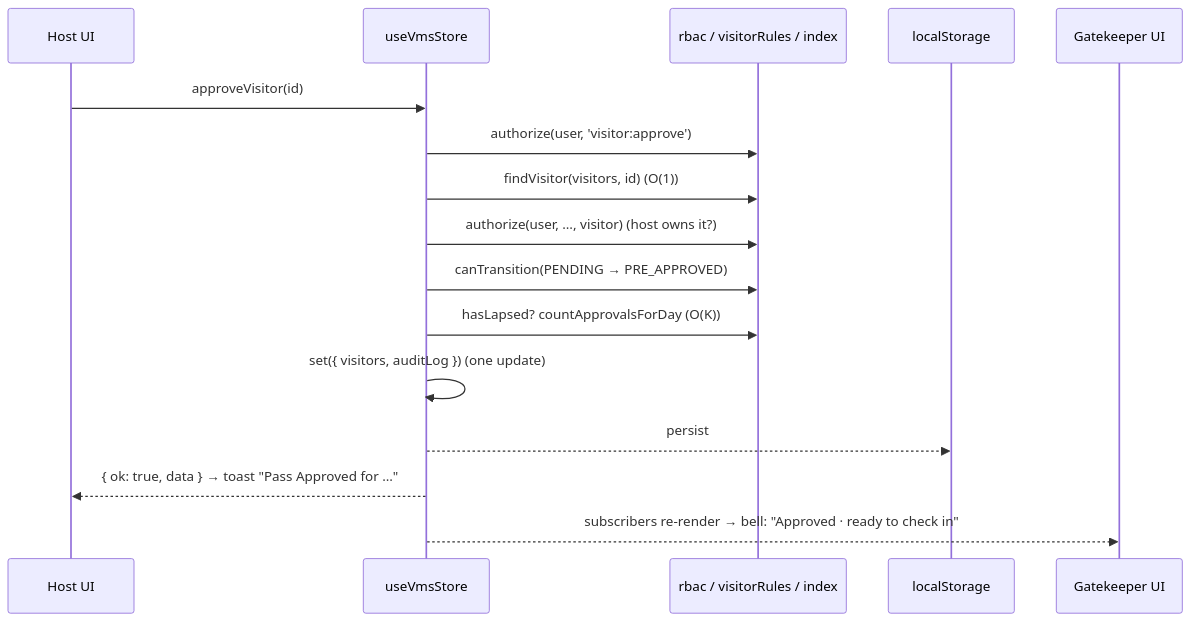
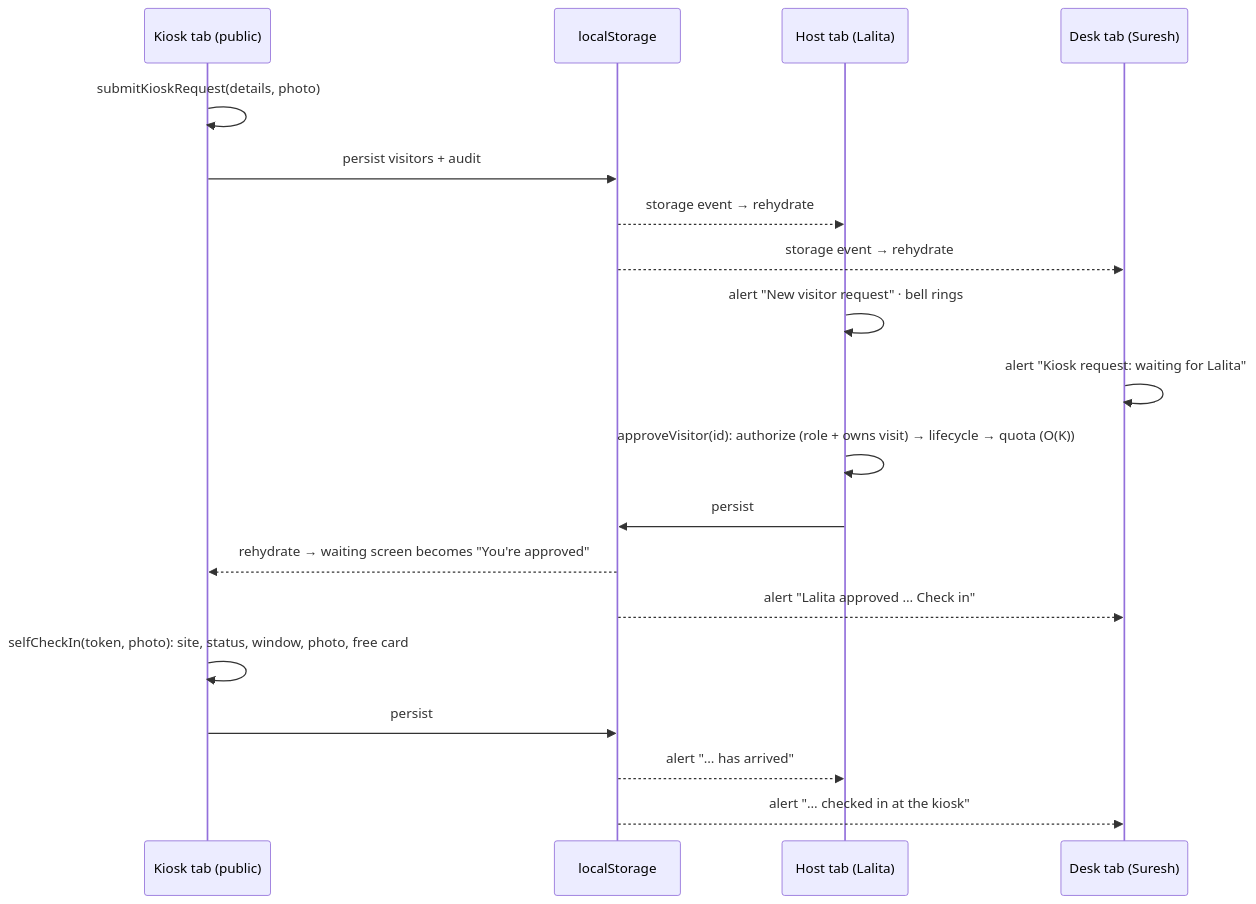
Before and after one commit to Ayush-Gupta-0212/Visitor_Management_System: the second of 3 diagrams in ARCHITECTURE.md, drawn with Mermaid. The commit also changed other lines of this file and 62 other files, not shown here.

First line of the commit message:
feat: personal logins with RBAC, live multi-tab sync, QR passes, kiosk and dark mode (#2)

````diff
--- a/ARCHITECTURE.md
+++ b/ARCHITECTURE.md
@@ -68,19 +71,22 @@
 ```mermaid
 sequenceDiagram
-    participant Host as Host UI
-    participant Store as useVmsStore
-    participant Rules as rbac / visitorRules / index
+    participant Kiosk as Kiosk tab (public)
     participant LS as localStorage
-    participant Desk as Gatekeeper UI
+    participant Host as Host tab (Lalita)
+    participant Desk as Desk tab (Suresh)
 
-    Host->>Store: approveVisitor(id)
-    Store->>Rules: authorize(user, 'visitor:approve')
-    Store->>Rules: findVisitor(visitors, id)  (O(1))
-    Store->>Rules: authorize(user, …, visitor)  (host owns it?)
-    Store->>Rules: canTransition(PENDING → PRE_APPROVED)
-    Store->>Rules: hasLapsed? countApprovalsForDay  (O(K))
-    Store->>Store: set({ visitors, auditLog })  (one update)
-    Store-->>LS: persist
-    Store-->>Host: { ok: true, data } → toast "Pass Approved for …"
-    Store-->>Desk: subscribers re-render → bell: "Approved · ready to check in"
+    Kiosk->>Kiosk: submitKioskRequest(details, photo)
+    Kiosk->>LS: persist visitors + audit
+    LS-->>Host: storage event → rehydrate
+    LS-->>Desk: storage event → rehydrate
+    Host->>Host: alert "New visitor request" · bell rings
+    Desk->>Desk: alert "Kiosk request: waiting for Lalita"
+    Host->>Host: approveVisitor(id): authorize (role + owns visit) → lifecycle → quota (O(K))
+    Host->>LS: persist
+    LS-->>Kiosk: rehydrate → waiting screen becomes "You're approved"
+    LS-->>Desk: alert "Lalita approved … Check in"
+    Kiosk->>Kiosk: selfCheckIn(token, photo): site, status, window, photo, free card
+    Kiosk->>LS: persist
+    LS-->>Host: alert "… has arrived"
+    LS-->>Desk: alert "… checked in at the kiosk"
 ```
````
